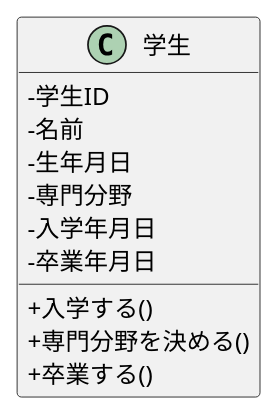
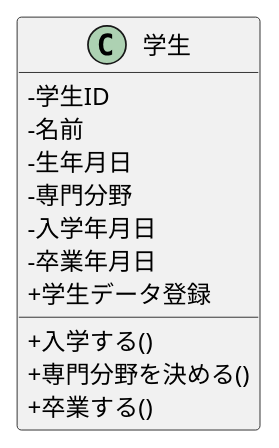
Before and after one commit to 2459384Hayashi/ohara_uml: the diagram in 05_web_ronbun/class.pu, drawn with PlantUML.

```diff
--- a/05_web_ronbun/class.pu
+++ b/05_web_ronbun/class.pu
@@ -1,14 +1,16 @@
 @startuml
 skinparam classAttributeIconSize 0
 class 学生 {
  - 学生ID
  - 名前
  - 生年月日
  - 専門分野
  - 入学年月日
  - 卒業年月日
  + 入学する()
  + 専門分野を決める()
  + 卒業する()
+ 'シーケンス図をもとに追加
+ + 学生データ登録
 }
 @enduml
```
